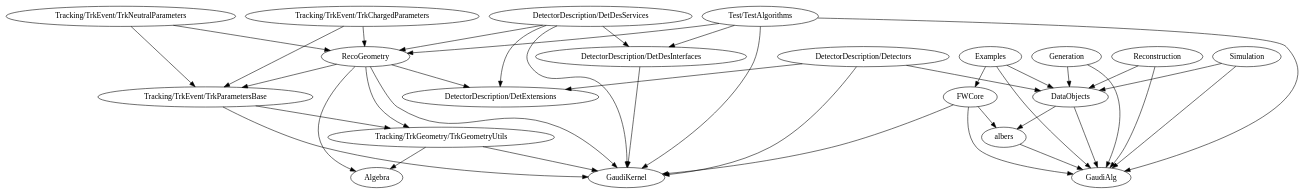
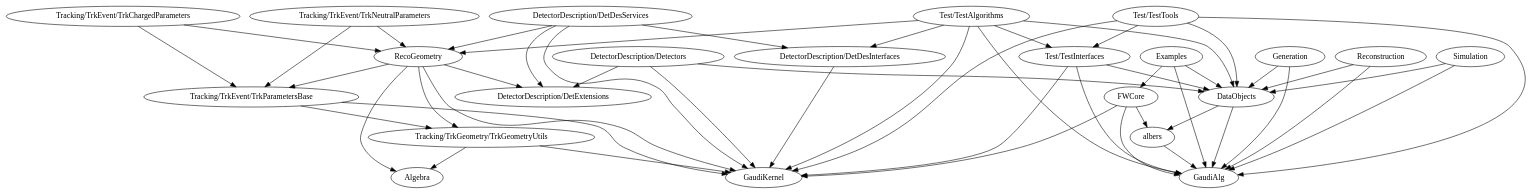
One commit to HEP-FCC/FCCSW changed the diagram in build.x86_64-slc6-gcc48-opt/subdirs_deps.dot. Above: the diagram before and after it, drawn with Graphviz. The commit also changed 306 other files, not shown here.

```diff
--- a/build.x86_64-slc6-gcc48-opt/subdirs_deps.dot
+++ b/build.x86_64-slc6-gcc48-opt/subdirs_deps.dot
@@ -1,42 +1,51 @@
 digraph subdirs_deps {
 "albers" -> "GaudiAlg";
 "DataObjects" -> "GaudiAlg";
 "DataObjects" -> "albers";
 "Tracking/TrkGeometry/TrkGeometryUtils" -> "GaudiKernel";
 "Tracking/TrkGeometry/TrkGeometryUtils" -> "Algebra";
 "Tracking/TrkEvent/TrkParametersBase" -> "GaudiKernel";
 "Tracking/TrkEvent/TrkParametersBase" -> "Tracking/TrkGeometry/TrkGeometryUtils";
 "RecoGeometry" -> "Algebra";
 "RecoGeometry" -> "Tracking/TrkEvent/TrkParametersBase";
 "RecoGeometry" -> "Tracking/TrkGeometry/TrkGeometryUtils";
 "RecoGeometry" -> "DetectorDescription/DetExtensions";
 "RecoGeometry" -> "GaudiKernel";
 "DetectorDescription/DetDesInterfaces" -> "GaudiKernel";
 "DetectorDescription/DetDesServices" -> "GaudiKernel";
 "DetectorDescription/DetDesServices" -> "RecoGeometry";
 "DetectorDescription/DetDesServices" -> "DetectorDescription/DetDesInterfaces";
 "DetectorDescription/DetDesServices" -> "DetectorDescription/DetExtensions";
 "DetectorDescription/Detectors" -> "GaudiKernel";
 "DetectorDescription/Detectors" -> "DataObjects";
 "DetectorDescription/Detectors" -> "DetectorDescription/DetExtensions";
 "FWCore" -> "GaudiAlg";
 "FWCore" -> "GaudiKernel";
 "FWCore" -> "albers";
 "Examples" -> "GaudiAlg";
 "Examples" -> "DataObjects";
 "Examples" -> "FWCore";
 "Generation" -> "GaudiAlg";
 "Generation" -> "DataObjects";
 "Reconstruction" -> "GaudiAlg";
 "Reconstruction" -> "DataObjects";
 "Simulation" -> "GaudiAlg";
 "Simulation" -> "DataObjects";
+"Test/TestInterfaces" -> "GaudiAlg";
+"Test/TestInterfaces" -> "GaudiKernel";
+"Test/TestInterfaces" -> "DataObjects";
 "Test/TestAlgorithms" -> "GaudiAlg";
 "Test/TestAlgorithms" -> "GaudiKernel";
 "Test/TestAlgorithms" -> "DetectorDescription/DetDesInterfaces";
+"Test/TestAlgorithms" -> "Test/TestInterfaces";
 "Test/TestAlgorithms" -> "RecoGeometry";
+"Test/TestAlgorithms" -> "DataObjects";
+"Test/TestTools" -> "GaudiAlg";
+"Test/TestTools" -> "GaudiKernel";
+"Test/TestTools" -> "DataObjects";
+"Test/TestTools" -> "Test/TestInterfaces";
 "Tracking/TrkEvent/TrkChargedParameters" -> "Tracking/TrkEvent/TrkParametersBase";
 "Tracking/TrkEvent/TrkChargedParameters" -> "RecoGeometry";
 "Tracking/TrkEvent/TrkNeutralParameters" -> "Tracking/TrkEvent/TrkParametersBase";
 "Tracking/TrkEvent/TrkNeutralParameters" -> "RecoGeometry";
 }
```
